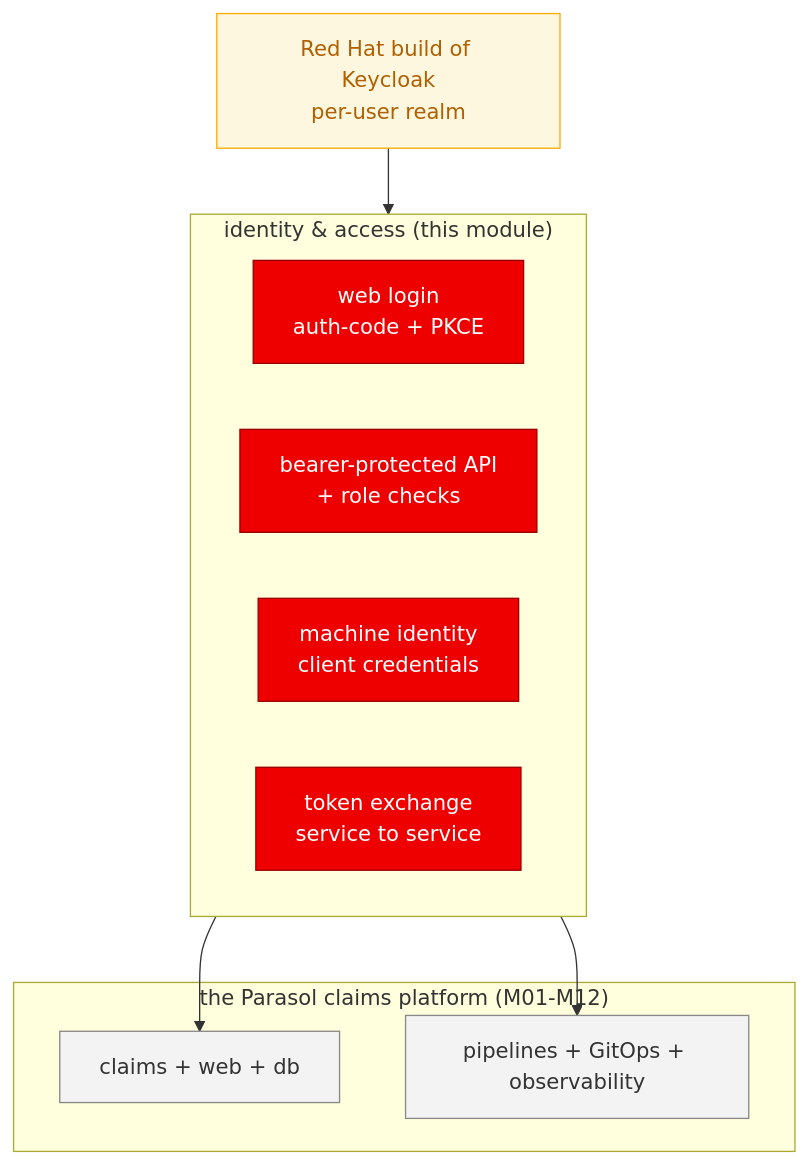
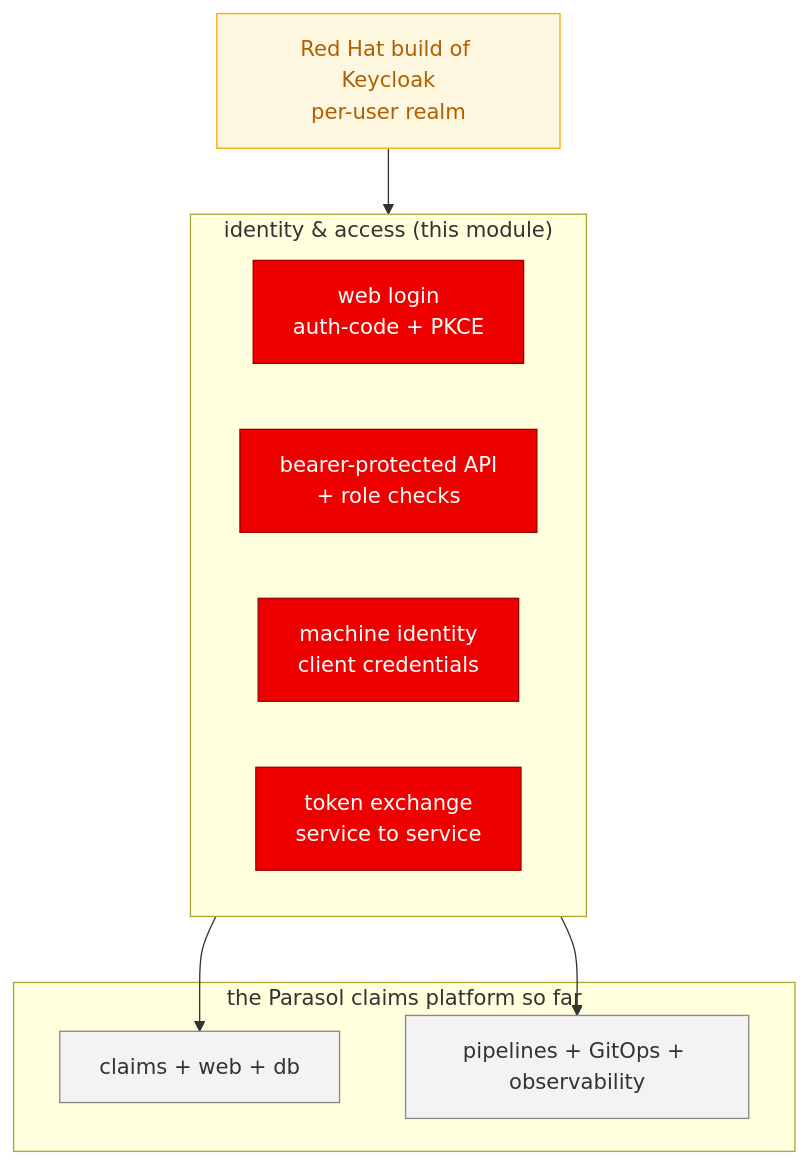
The fourth of 4 diagrams in content/modules/ROOT/pages/securing-apps-keycloak/concept.adoc (serhat-dirik/OCP-Getting-Started-Revamped), drawn with Mermaid before and after one commit. The commit also changed 7 other files, not shown here.

```diff
--- a/content/modules/ROOT/pages/securing-apps-keycloak/concept.adoc
+++ b/content/modules/ROOT/pages/securing-apps-keycloak/concept.adoc
@@ -171,24 +171,24 @@
 [mermaid]
 ....
 flowchart TB
   subgraph SEC["identity & access (this module)"]
     LOGIN[web login<br/>auth-code + PKCE]
     API[bearer-protected API<br/>+ role checks]
     M2M[machine identity<br/>client credentials]
     EXCH[token exchange<br/>service to service]
   end
-  subgraph PLAT["the Parasol claims platform (M01-M12)"]
+  subgraph PLAT["the Parasol claims platform so far"]
     APP[claims + web + db]
     DEL[pipelines + GitOps + observability]
   end
   KC[Red Hat build of Keycloak<br/>per-user realm]
   KC --> SEC
   SEC --> APP
   SEC --> DEL
   classDef hi fill:#e00,stroke:#900,color:#fff;
   classDef plat fill:#f3f3f3,stroke:#888,color:#333;
   classDef kc fill:#fef7e0,stroke:#f9ab00,color:#b06000;
   class LOGIN,API,M2M,EXCH hi;
   class APP,DEL plat;
   class KC kc;
 ....
```
